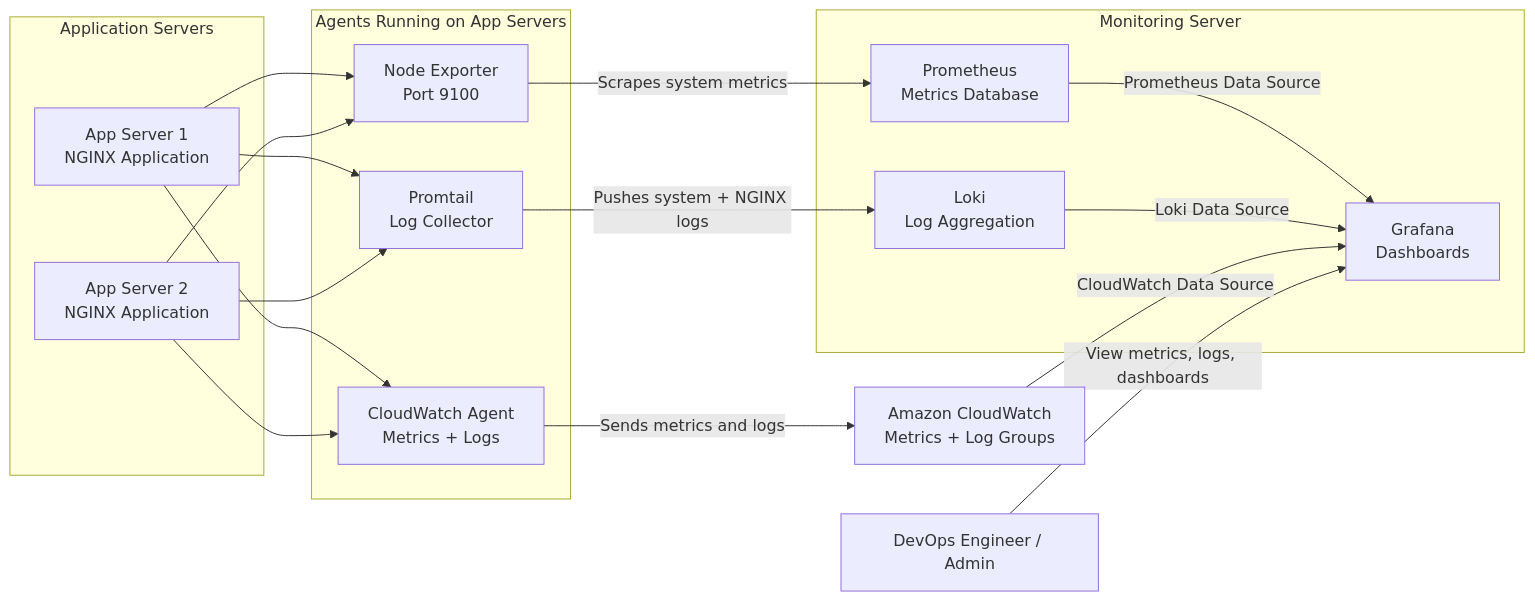
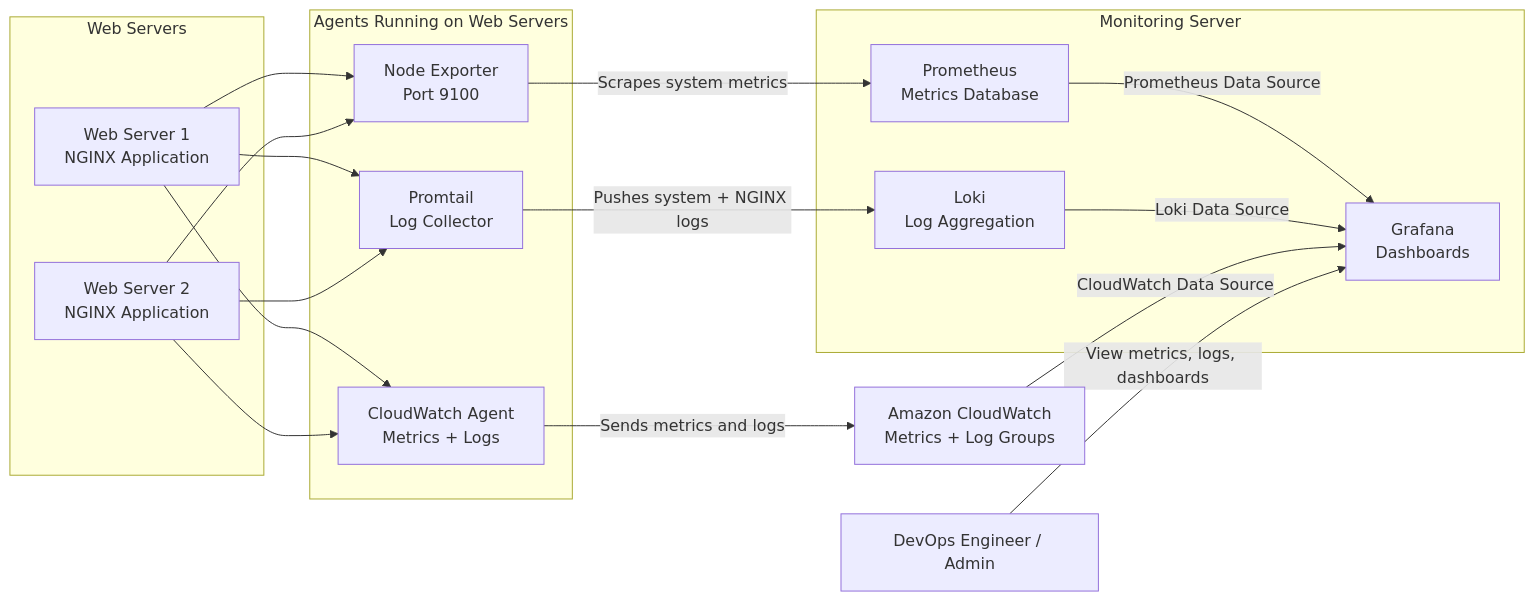
Before and after one commit to Its-Shiivam22/Cloud-Native-Observability-Platform: the first of 2 diagrams in README.md, drawn with Mermaid. The commit also changed other lines of this file, not shown here.

````diff
--- a/README.md
+++ b/README.md
@@ -98,68 +99,68 @@
 ```mermaid
 flowchart LR
 
     %% =========================
     %% USERS
     %% =========================
     Admin["DevOps Engineer / Admin"]
 
     %% =========================
     %% APPLICATION SERVERS
     %% =========================
-    subgraph Apps["Application Servers"]
-        App1["App Server 1<br/>NGINX Application"]
-        App2["App Server 2<br/>NGINX Application"]
+    subgraph Apps["Web Servers"]
+         WebServer-1["Web Server 1<br/>NGINX Application"]
+         WebServer-2["Web Server 2<br/>NGINX Application"]
     end
 
     %% =========================
     %% AGENTS
     %% =========================
-    subgraph Agents["Agents Running on App Servers"]
+    subgraph Agents["Agents Running on Web Servers"]
         NodeExporter["Node Exporter<br/>Port 9100"]
         Promtail["Promtail<br/>Log Collector"]
         CWAgent["CloudWatch Agent<br/>Metrics + Logs"]
     end
 
     %% =========================
     %% MONITORING SERVER
     %% =========================
     subgraph Monitoring["Monitoring Server"]
         Prometheus["Prometheus<br/>Metrics Database"]
         Loki["Loki<br/>Log Aggregation"]
         Grafana["Grafana<br/>Dashboards"]
     end
 
     %% =========================
     %% AWS NATIVE MONITORING
     %% =========================
     CloudWatch["Amazon CloudWatch<br/>Metrics + Log Groups"]
 
     %% =========================
     %% METRICS FLOW
     %% =========================
-    App1 --> NodeExporter
-    App2 --> NodeExporter
+    WebServer-1 --> NodeExporter
+    WebServer-2 --> NodeExporter
     NodeExporter -->|"Scrapes system metrics"| Prometheus
     Prometheus -->|"Prometheus Data Source"| Grafana
 
     %% =========================
     %% LOGS FLOW
     %% =========================
-    App1 --> Promtail
-    App2 --> Promtail
+     WebServer-1 --> Promtail
+     WebServer-2 --> Promtail
     Promtail -->|"Pushes system + NGINX logs"| Loki
     Loki -->|"Loki Data Source"| Grafana
 
     %% =========================
     %% CLOUDWATCH FLOW
     %% =========================
-    App1 --> CWAgent
-    App2 --> CWAgent
+     WebServer-1 --> CWAgent
+     WebServer-2 --> CWAgent
     CWAgent -->|"Sends metrics and logs"| CloudWatch
     CloudWatch -->|"CloudWatch Data Source"| Grafana
 
     %% =========================
     %% DASHBOARD ACCESS
     %% =========================
     Admin -->|"View metrics, logs, dashboards"| Grafana
 ```
````
